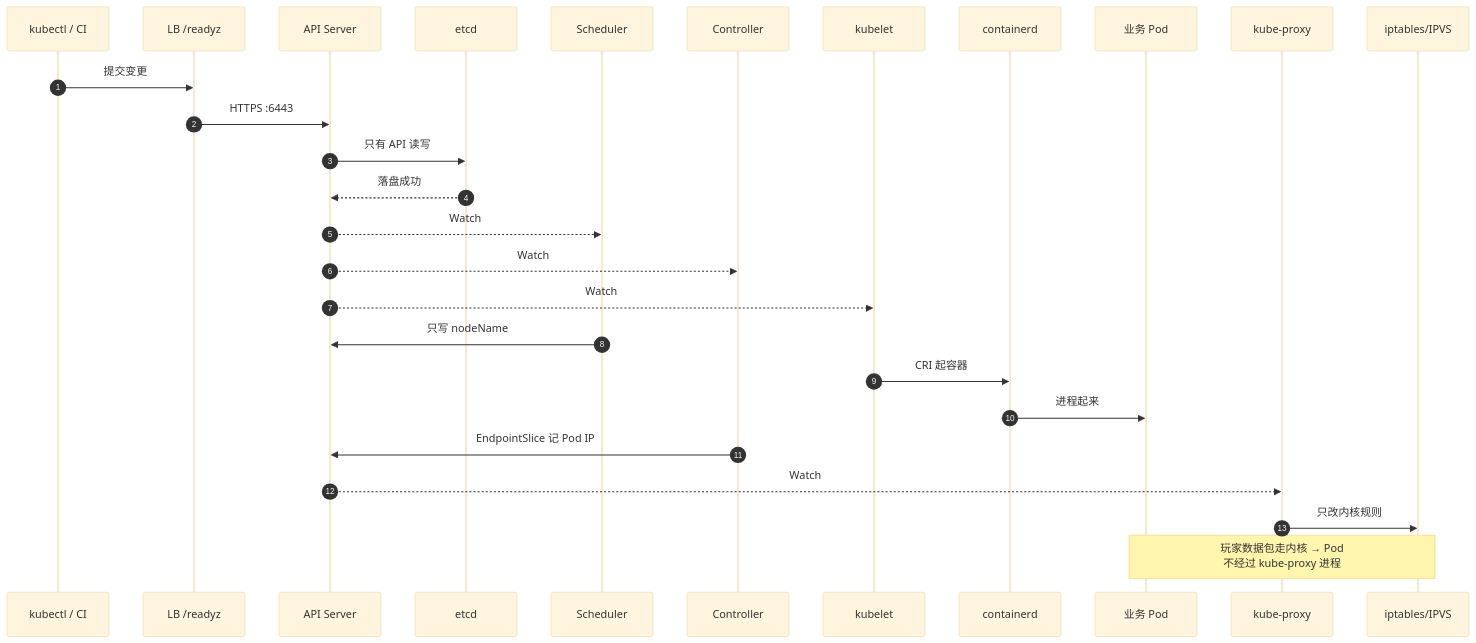
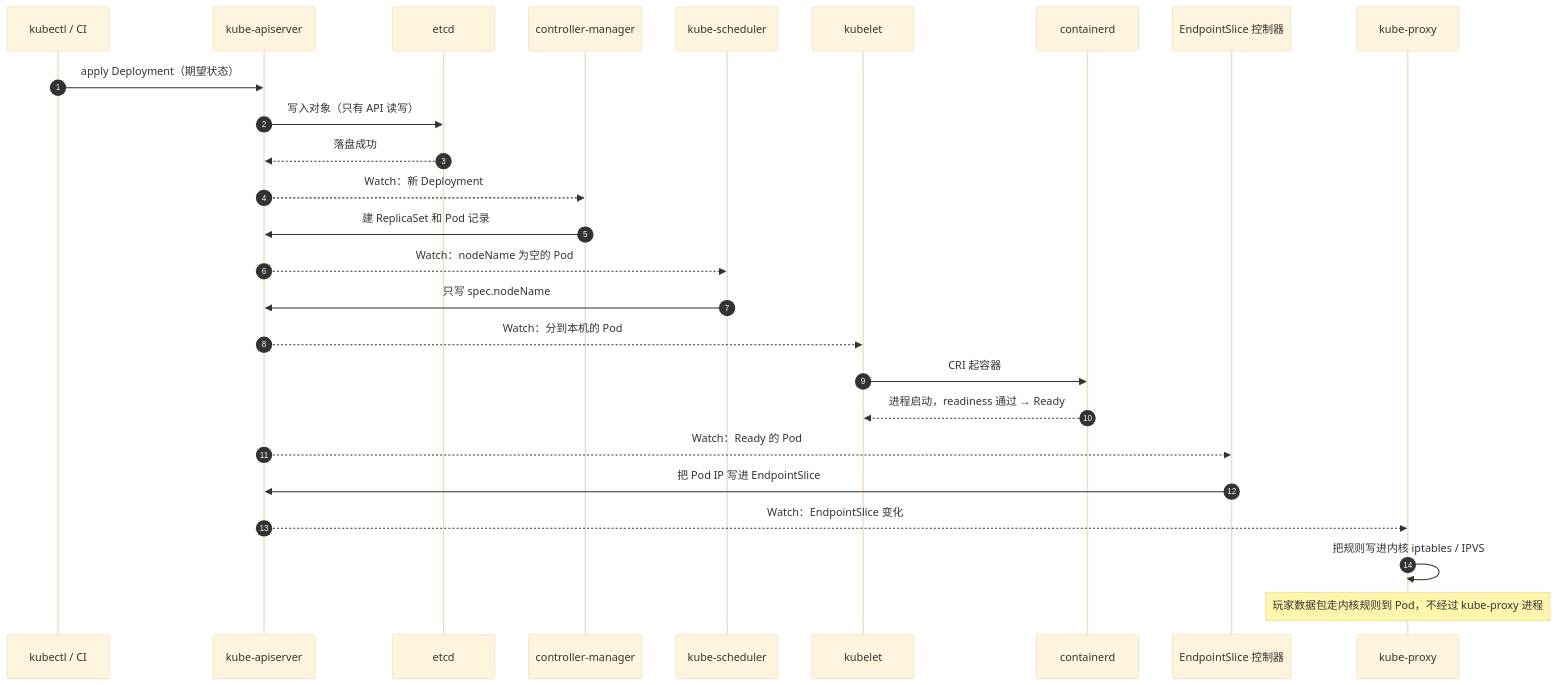
Before and after one commit to ml-cuizijun/LearnToLilith: the second of 5 diagrams in 03-Kubernetes/01-集群架构/知识点.md, drawn with Mermaid (base theme). The commit also changed other lines of this file and 470 other files, not shown here.

````diff
--- a/03-Kubernetes/01-集群架构/知识点.md
+++ b/03-Kubernetes/01-集群架构/知识点.md
@@ -152,30 +58,28 @@
 ```mermaid
 sequenceDiagram
     autonumber
     participant U as kubectl / CI
-    participant LB as LB /readyz
-    participant API as API Server
+    participant API as kube-apiserver
     participant E as etcd
-    participant S as Scheduler
-    participant C as Controller
+    participant CM as controller-manager
+    participant S as kube-scheduler
     participant K as kubelet
     participant R as containerd
-    participant P as 业务 Pod
+    participant EP as EndpointSlice 控制器
     participant X as kube-proxy
-    participant I as iptables/IPVS
-
-    U->>LB: 提交变更
-    LB->>API: HTTPS :6443
-    API->>E: 只有 API 读写
+    U->>API: apply Deployment（期望状态）
+    API->>E: 写入对象（只有 API 读写）
     E-->>API: 落盘成功
-    API-->>S: Watch
-    API-->>C: Watch
-    API-->>K: Watch
-    S->>API: 只写 nodeName
+    API-->>CM: Watch：新 Deployment
+    CM->>API: 建 ReplicaSet 和 Pod 记录
+    API-->>S: Watch：nodeName 为空的 Pod
+    S->>API: 只写 spec.nodeName
+    API-->>K: Watch：分到本机的 Pod
     K->>R: CRI 起容器
-    R->>P: 进程起来
-    C->>API: EndpointSlice 记 Pod IP
-    API-->>X: Watch
-    X->>I: 只改内核规则
-    Note over I,P: 玩家数据包走内核 → Pod<br/>不经过 kube-proxy 进程
+    R-->>K: 进程启动，readiness 通过 → Ready
+    API-->>EP: Watch：Ready 的 Pod
+    EP->>API: 把 Pod IP 写进 EndpointSlice
+    API-->>X: Watch：EndpointSlice 变化
+    X->>X: 把规则写进内核 iptables / IPVS
+    Note over X: 玩家数据包走内核规则到 Pod，不经过 kube-proxy 进程
 ```
````
